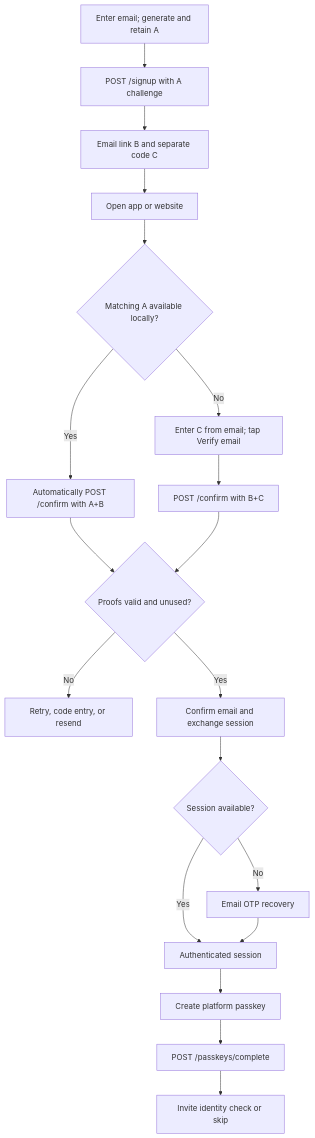
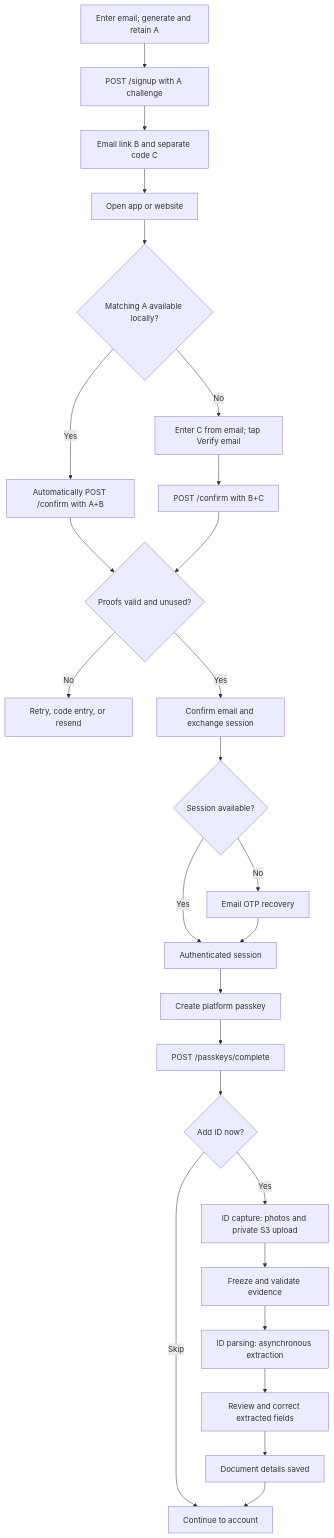
Before and after one commit to lambdawalker/design.attestra: the diagram in auth/onboarding/onboarding-flow.md, drawn with Mermaid. The commit also changed other lines of this file and 26 other files, not shown here.

Commit message:
docs: split onboarding ID capture and parsing architecture

````diff
--- a/auth/onboarding/onboarding-flow.md
+++ b/auth/onboarding/onboarding-flow.md
@@ -5,21 +5,28 @@
 ```mermaid
 flowchart TD
     S["Enter email; generate and retain A"] --> T["POST /signup with A challenge"]
     T --> M["Email link B and separate code C"]
     M --> L["Open app or website"]
     L --> D{"Matching A available locally?"}
     D -->|Yes| P["Automatically POST /confirm with A+B"]
     D -->|No| Q["Enter C from email; tap Verify email"]
     Q --> R["POST /confirm with B+C"]
     P --> V{"Proofs valid and unused?"}
     R --> V
     V -->|No| E["Retry, code entry, or resend"]
     V -->|Yes| F["Confirm email and exchange session"]
     F --> G{"Session available?"}
     G -->|No| O["Email OTP recovery"]
     G -->|Yes| H["Authenticated session"]
     O --> H
     H --> J["Create platform passkey"]
     J --> K["POST /passkeys/complete"]
-    K --> N["Invite identity check or skip"]
+    K --> N{"Add ID now?"}
+    N -->|Skip| Z["Continue to account"]
+    N -->|Yes| C1["ID capture: photos and private S3 upload"]
+    C1 --> C2["Freeze and validate evidence"]
+    C2 --> P1["ID parsing: asynchronous extraction"]
+    P1 --> R1["Review and correct extracted fields"]
+    R1 --> D1["Document details saved"]
+    D1 --> Z
 ```
````
